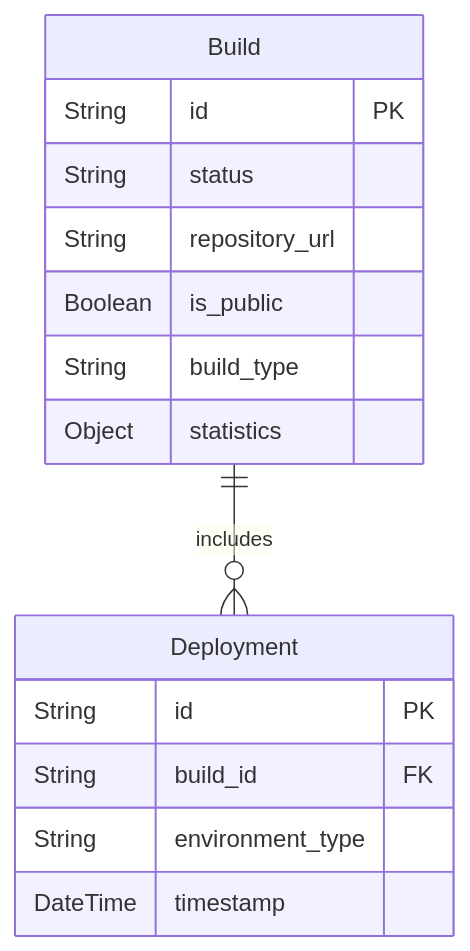
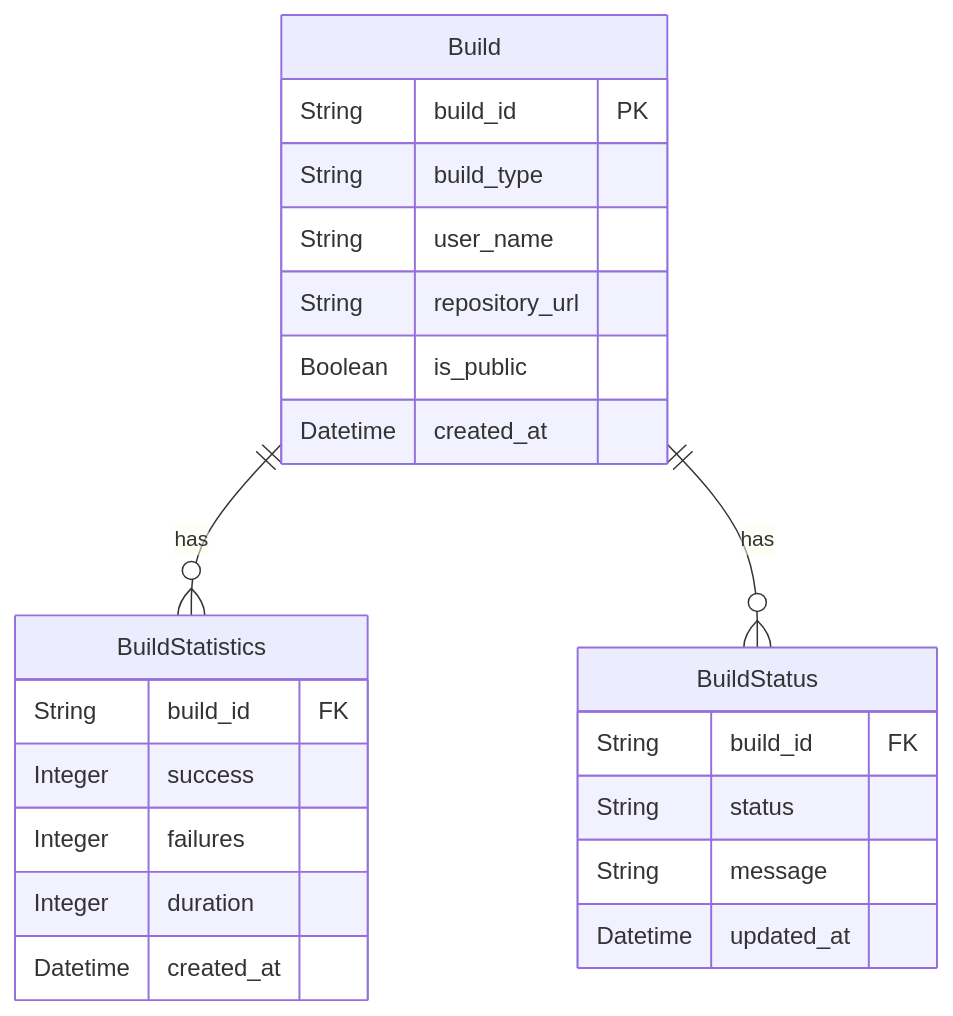
Before and after one commit to Ksenniya/quart-client-template: the diagram in entity/entities_design.md, drawn with Mermaid. The commit also changed other lines of this file, not shown here.

````diff
--- a/entity/entities_design.md
+++ b/entity/entities_design.md
@@ -23,20 +30,29 @@
 ```mermaid
 erDiagram
     Build {
-        String id PK
-        String status
+        String build_id PK
+        String build_type
+        String user_name
         String repository_url
         Boolean is_public
-        String build_type
-        Object statistics
+        Datetime created_at
+    }
+    
+    BuildStatistics {
+        String build_id FK
+        Integer success
+        Integer failures
+        Integer duration
+        Datetime created_at
     }
 
-    Deployment {
-        String id PK
+    BuildStatus {
         String build_id FK
-        String environment_type
-        DateTime timestamp
+        String status
+        String message
+        Datetime updated_at
     }
 
-    Build ||--o{ Deployment : "includes"
+    Build ||--o{ BuildStatistics : has
+    Build ||--o{ BuildStatus : has
 ```
````
